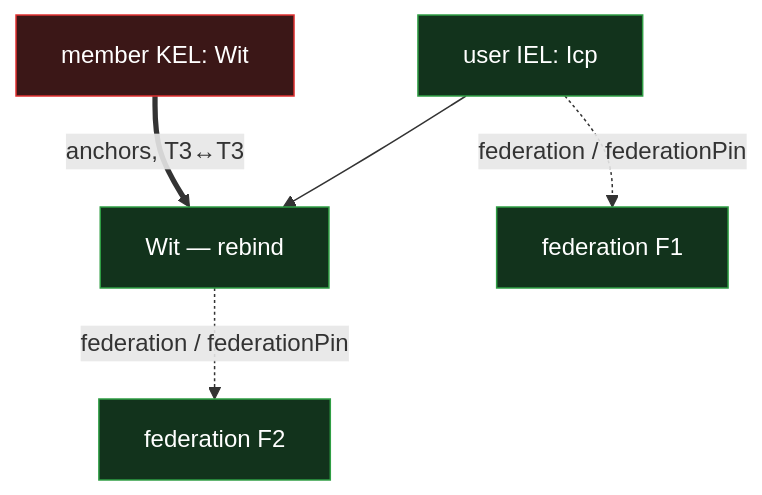
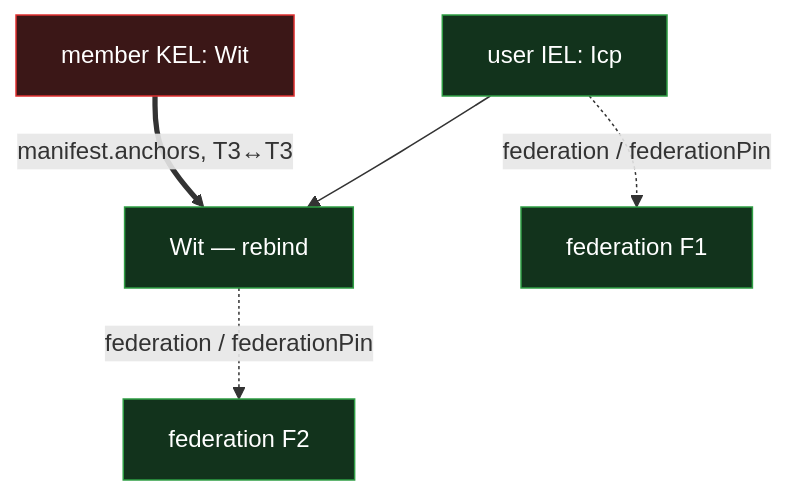
One commit to jasoncolburne/vdti changed the second of 2 diagrams in docs/design/federation/bootstrap.md. Above: the diagram before and after it, drawn with Mermaid. The commit also changed other lines of this file and 5 other files, not shown here.

````diff
--- a/docs/design/federation/bootstrap.md
+++ b/docs/design/federation/bootstrap.md
@@ -38,12 +38,12 @@
 ```mermaid
 flowchart TB
   uIcp["user IEL: Icp"]:::iel --> uWit["Wit — rebind"]:::iel
   kWit["member KEL: Wit"]:::kel
   F1["federation F1"]:::iel
   F2["federation F2"]:::iel
   uIcp -.->|federation / federationPin| F1
   uWit -.->|federation / federationPin| F2
-  kWit ==>|anchors, T3↔T3| uWit
+  kWit ==>|manifest.anchors, T3↔T3| uWit
   classDef kel fill:#3b1717,stroke:#e03131,color:#fff
   classDef iel fill:#12331c,stroke:#2f9e44,color:#fff
 ```
````
